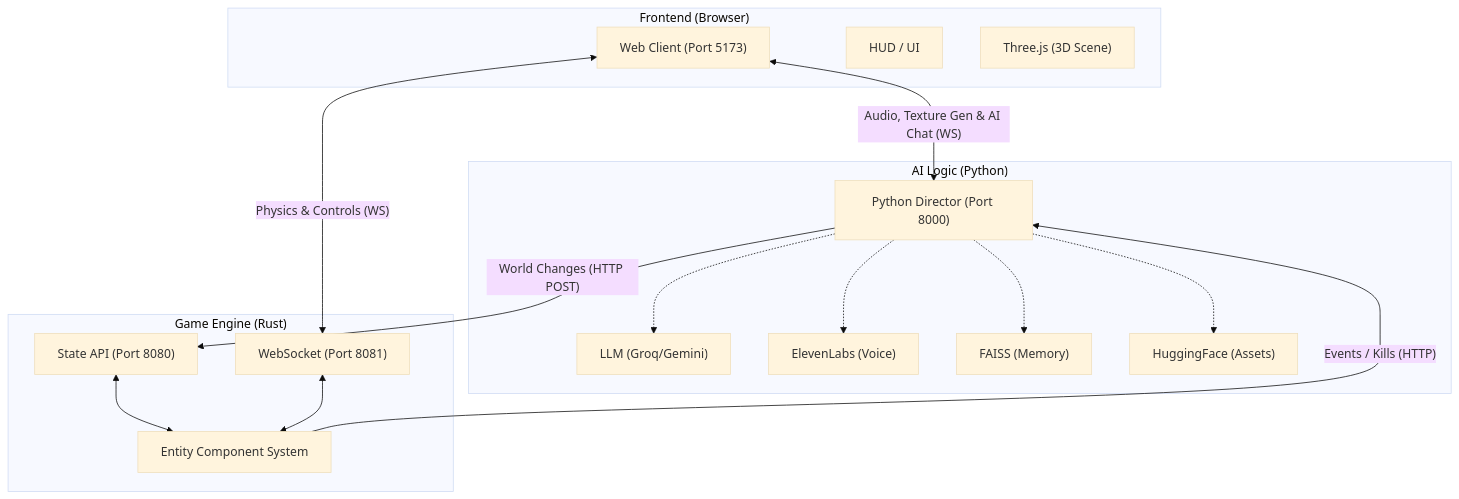
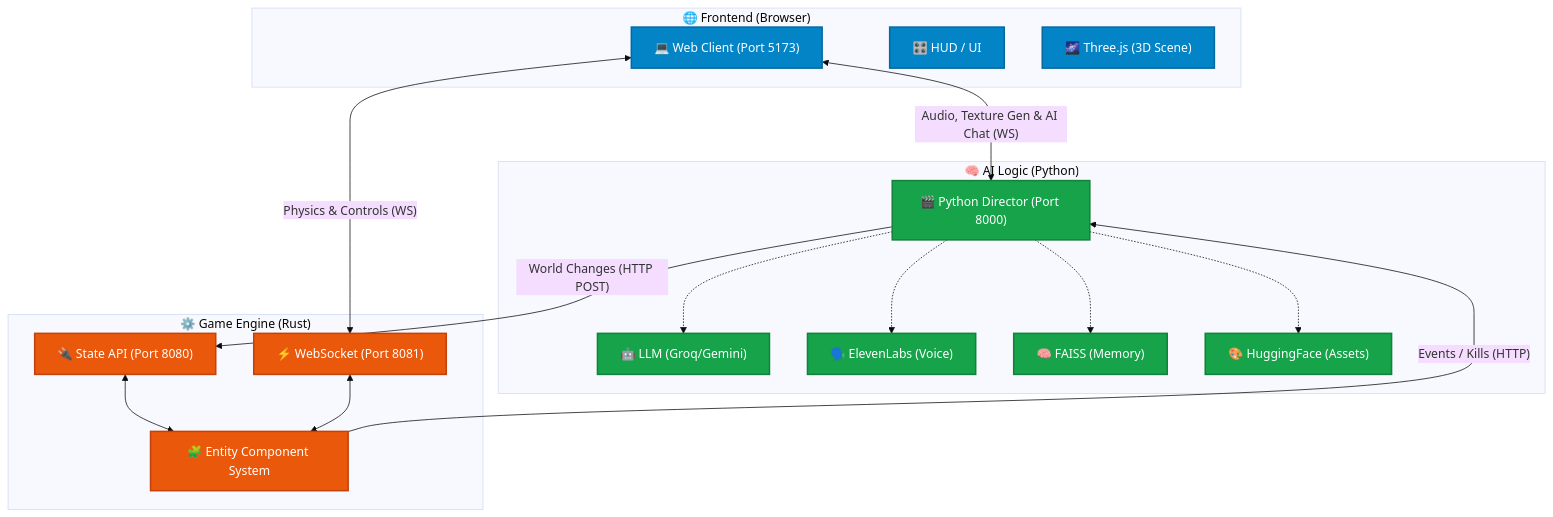
Before and after one commit to nissimrencohen/ai-starship-odyssey: the diagram in README.md, drawn with Mermaid (base theme). The commit also changed other lines of this file and 1 other file, not shown here.

Commit message:
[Feature] Update Architecture Diagram and Extract Narrative Facts
- Colored Mermaid diagram added to README
- Added `important_facts` array support to `main.py` to allow the LLM to commit facts spoken by the pilot directly into persistent Narrative Memory.
- Forced flush of `json.dump` to strictly save memory state on generation.
- Increased session context search limit bounds `k * 15, 30` to guarantee memory persistence hits.

````diff
--- a/README.md
+++ b/README.md
@@ -30,36 +30,41 @@
 ```mermaid
 graph TD
-    subgraph "Frontend (Browser)"
-        Client["Web Client (Port 5173)"]
-        HUD["HUD / UI"]
-        Three["Three.js (3D Scene)"]
+    classDef default fill:#1e293b,stroke:#0f172a,stroke-width:2px,color:#f8fafc;
+    classDef browser fill:#0284c7,stroke:#0369a1,stroke-width:2px,color:#ffffff;
+    classDef python fill:#16a34a,stroke:#15803d,stroke-width:2px,color:#ffffff;
+    classDef rust fill:#ea580c,stroke:#c2410c,stroke-width:2px,color:#ffffff;
+
+    subgraph Browser ["🌐 Frontend (Browser)"]
+        Client["💻 Web Client (Port 5173)"]:::browser
+        HUD["🎛️ HUD / UI"]:::browser
+        Three["🌌 Three.js (3D Scene)"]:::browser
     end
 
-    subgraph "AI Logic (Python)"
-        Director["Python Director (Port 8000)"]
-        LLM["LLM (Groq/Gemini)"]
-        TTS["ElevenLabs (Voice)"]
-        Memory["FAISS (Memory)"]
-        HF["HuggingFace (Assets)"]
+    subgraph AI ["🧠 AI Logic (Python)"]
+        Director["🎬 Python Director (Port 8000)"]:::python
+        LLM["🤖 LLM (Groq/Gemini)"]:::python
+        TTS["🗣️ ElevenLabs (Voice)"]:::python
+        Memory["🧠 FAISS (Memory)"]:::python
+        HF["🎨 HuggingFace (Assets)"]:::python
     end
 
-    subgraph "Game Engine (Rust)"
-        StateAPI["State API (Port 8080)"]
-        WS["WebSocket (Port 8081)"]
-        ECS["Entity Component System"]
+    subgraph Engine ["⚙️ Game Engine (Rust)"]
+        StateAPI["🔌 State API (Port 8080)"]:::rust
+        WS["⚡ WebSocket (Port 8081)"]:::rust
+        ECS["🧩 Entity Component System"]:::rust
     end
 
     %% Communications
     Client <-->|"Audio, Texture Gen & AI Chat (WS)"| Director
     Client <-->|"Physics & Controls (WS)"| WS
     Director -->|"World Changes (HTTP POST)"| StateAPI
     StateAPI <--> ECS
     WS <--> ECS
     ECS -->|"Events / Kills (HTTP)"| Director
 
     %% Details
     Director -.-> LLM
     Director -.-> TTS
     Director -.-> Memory
     Director -.-> HF
 ```
````
